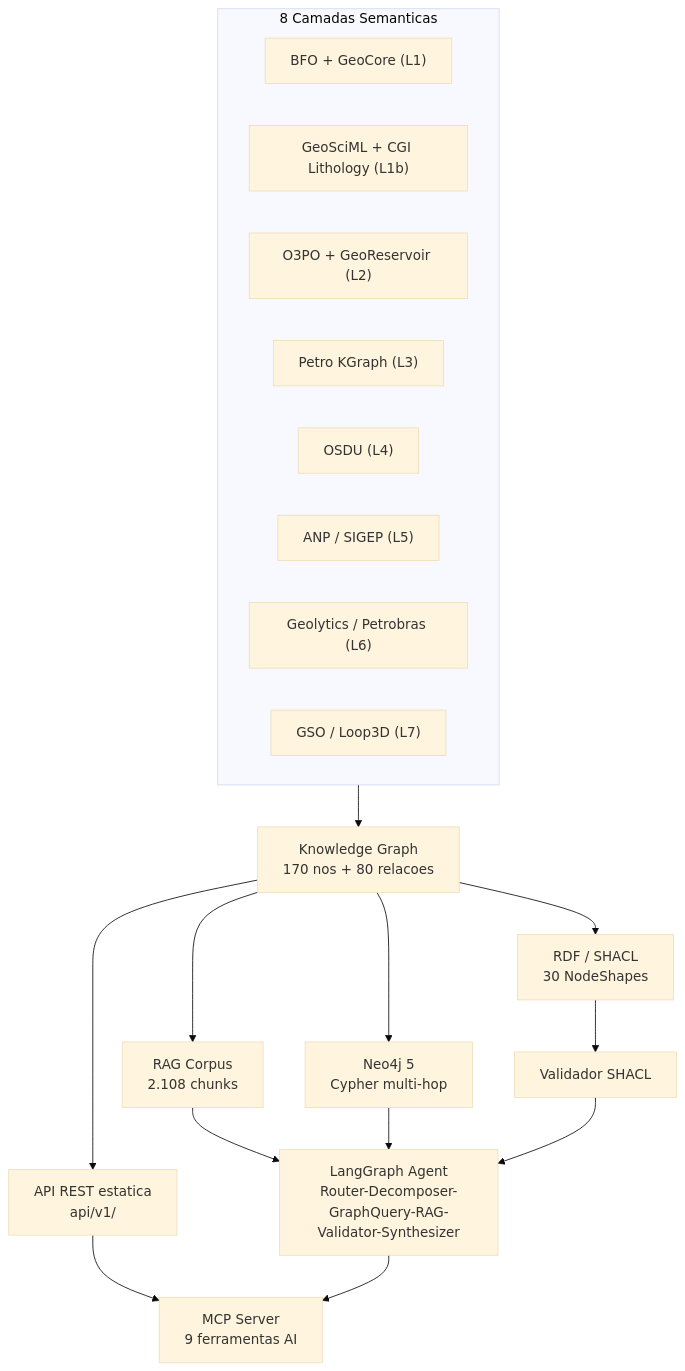
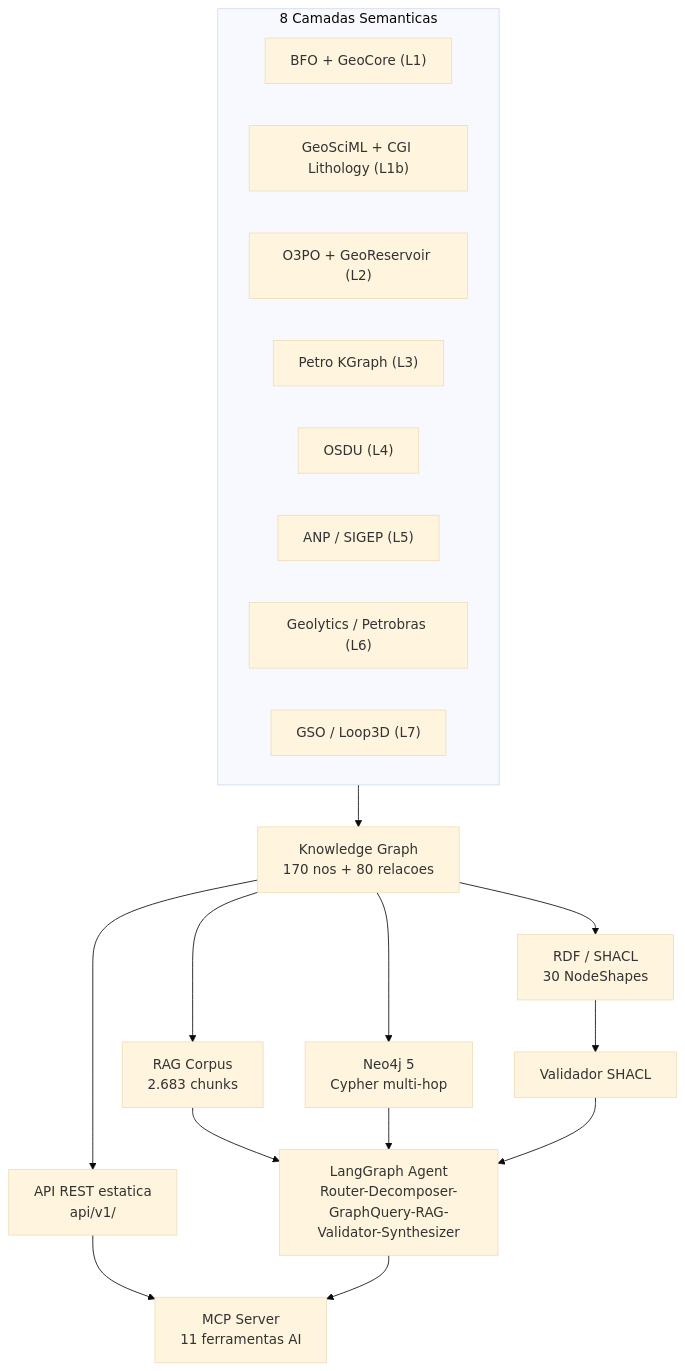
The diagram in README.md (thiagoflc/geolytics-dictionary), drawn with Mermaid (base theme) before and after one commit. The commit also changed other lines of this file and 1 other file, not shown here.

Commit message:
docs: fix stale RAG chunk counters and add queries 07-10 to INDEX

````diff
--- a/README.md
+++ b/README.md
@@ -25,27 +25,27 @@
 ```mermaid
 graph TD
     subgraph Fontes["8 Camadas Semanticas"]
         L1["BFO + GeoCore (L1)"]
         L1B["GeoSciML + CGI Lithology (L1b)"]
         L2["O3PO + GeoReservoir (L2)"]
         L3["Petro KGraph (L3)"]
         L4["OSDU (L4)"]
         L5["ANP / SIGEP (L5)"]
         L6["Geolytics / Petrobras (L6)"]
         L7["GSO / Loop3D (L7)"]
     end
 
     Fontes --> KG["Knowledge Graph<br/>170 nos + 80 relacoes"]
 
     KG --> API["API REST estatica<br/>api/v1/"]
-    KG --> RAG["RAG Corpus<br/>2.108 chunks"]
+    KG --> RAG["RAG Corpus<br/>2.683 chunks"]
     KG --> NEO["Neo4j 5<br/>Cypher multi-hop"]
     KG --> TTL["RDF / SHACL<br/>30 NodeShapes"]
 
-    API --> MCP["MCP Server<br/>9 ferramentas AI"]
+    API --> MCP["MCP Server<br/>11 ferramentas AI"]
     RAG --> AGENT["LangGraph Agent<br/>Router-Decomposer-GraphQuery-RAG-Validator-Synthesizer"]
     NEO --> AGENT
     TTL --> SHACL["Validador SHACL"]
     SHACL --> AGENT
     AGENT --> MCP
 ```
````
